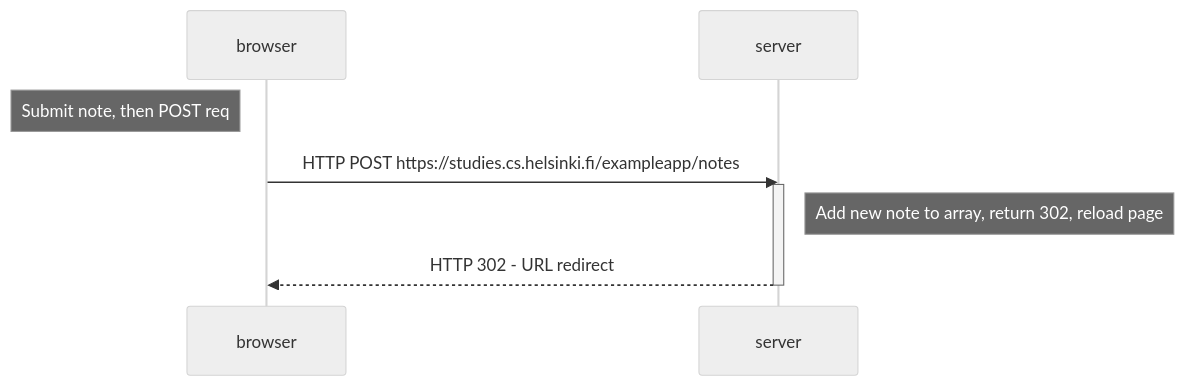
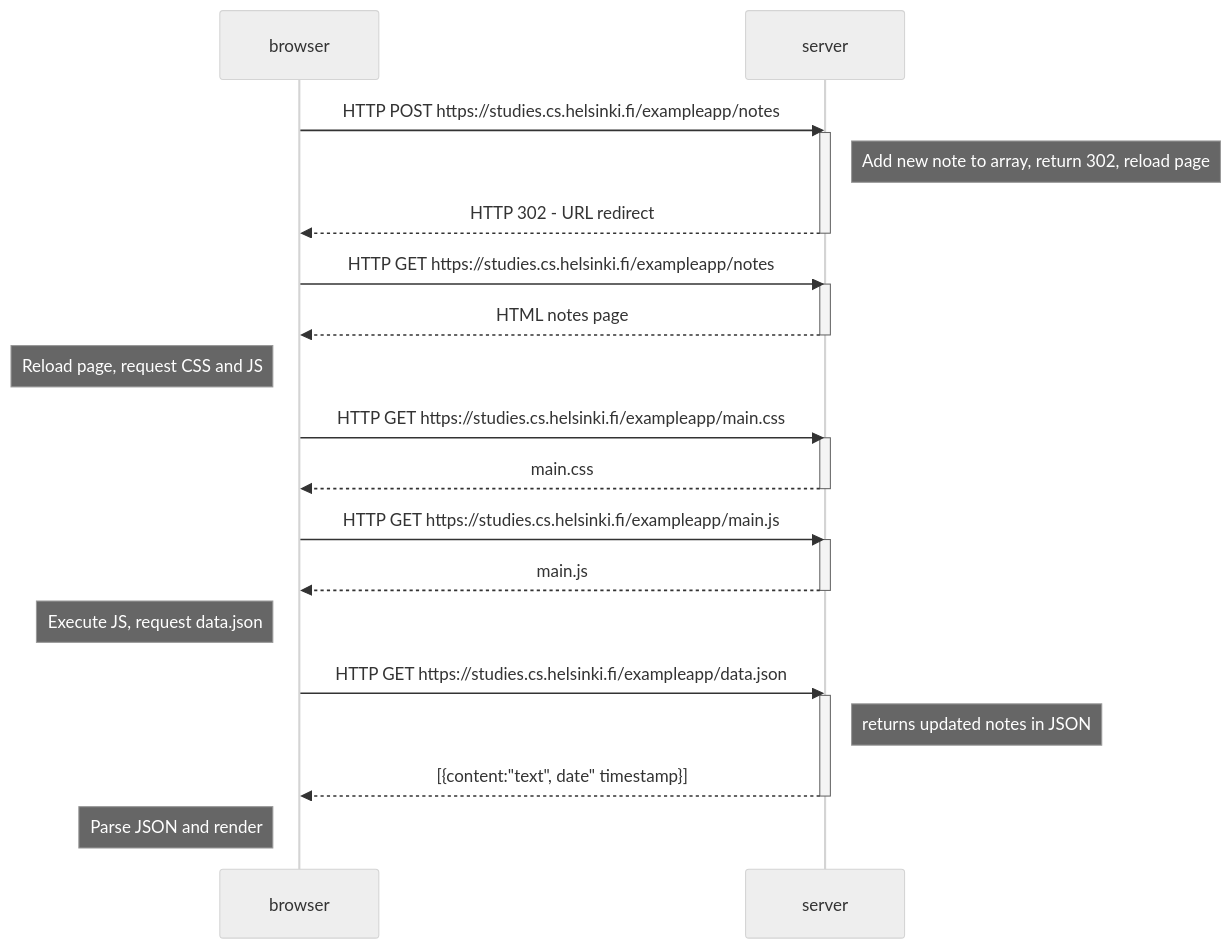
Before and after one commit to andremscruz/FullStack-Open2023: the diagram in part0/0.4.md, drawn with Mermaid (neutral theme).

Commit message:
Completed 0.04

````diff
--- a/part0/0.4.md
+++ b/part0/0.4.md
@@ -1,13 +1,32 @@
 ```mermaid
 sequenceDiagram
     participant browser
     participant server
 
-    Note left of browser: Submit note, then POST req
     browser->>server: HTTP POST https://studies.cs.helsinki.fi/exampleapp/notes
     activate server
     Note right of server: Add new note to array, return 302, reload page
     server-->>browser: HTTP 302 - URL redirect
     deactivate server
+    browser->>server: HTTP GET https://studies.cs.helsinki.fi/exampleapp/notes
+    activate server
+    server-->>browser: HTML notes page
+    deactivate server
+    Note left of browser: Reload page, request CSS and JS
+    browser->>server: HTTP GET https://studies.cs.helsinki.fi/exampleapp/main.css
+    activate server
+    server-->>browser: main.css
+    deactivate server
+    browser->>server: HTTP GET https://studies.cs.helsinki.fi/exampleapp/main.js
+    activate server
+    server-->>browser: main.js
+    deactivate server
+    Note left of browser: Execute JS, request data.json
+    browser->>server: HTTP GET https://studies.cs.helsinki.fi/exampleapp/data.json
+    activate server
+    Note right of server: returns updated notes in JSON
+    server-->>browser: [{content:"text", date" timestamp}]
+    deactivate server
+    Note left of browser: Parse JSON and render
 
 ```
````
